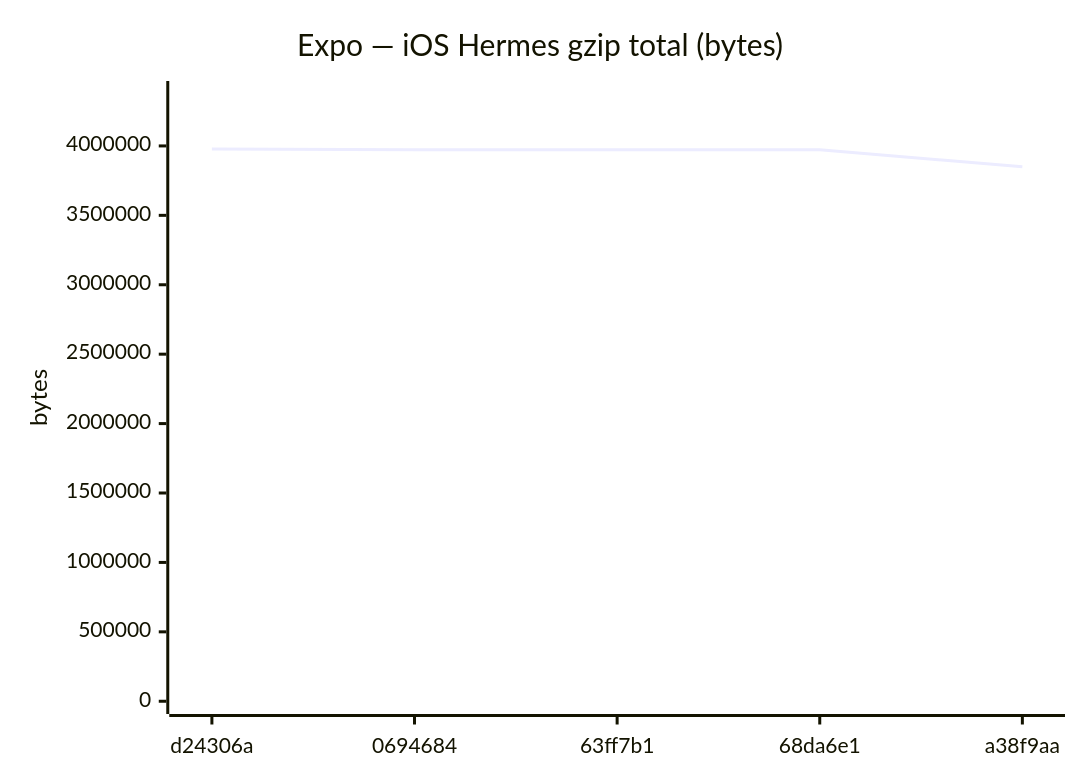
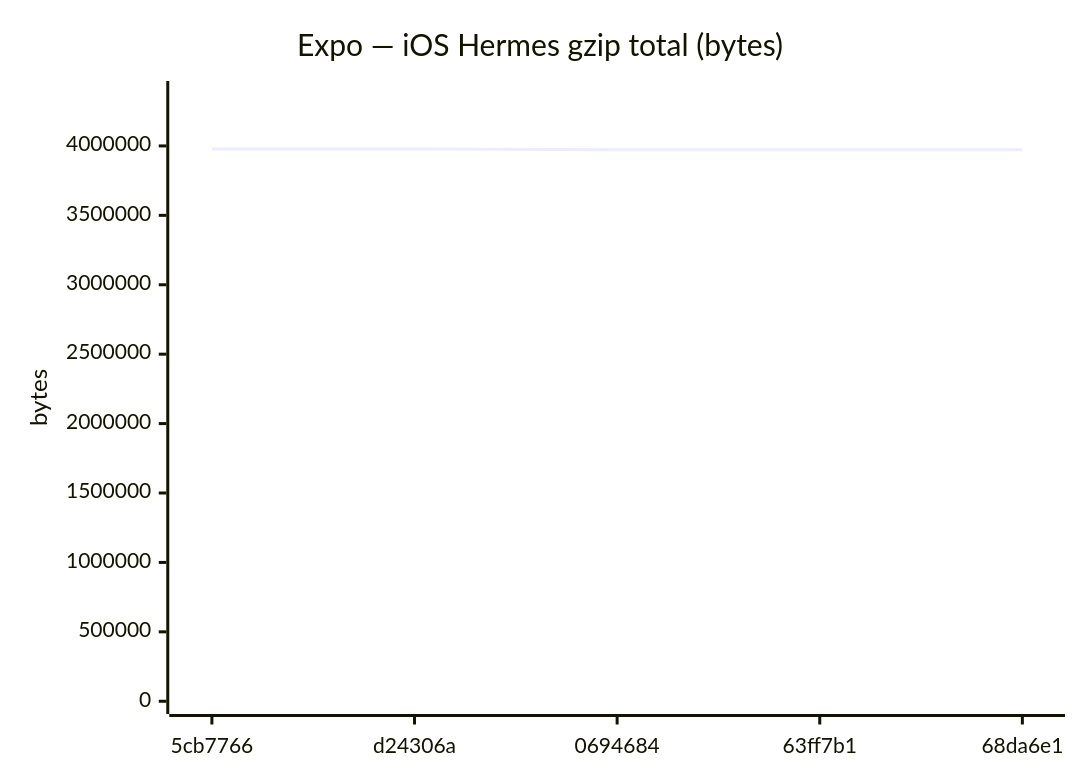
One commit to Metaheurist/Rianell changed diagram 12 of 18 in benchmarks/compare.md. Above: the diagram before and after it, drawn with Mermaid. The commit also changed other lines of this file and 11 other files, not shown here.

````diff
--- a/benchmarks/compare.md
+++ b/benchmarks/compare.md
@@ -179,7 +179,7 @@
 ```mermaid
 xychart-beta
     title "Expo — iOS Hermes gzip total (bytes)"
-    x-axis ["d24306a", "0694684", "63ff7b1", "68da6e1", "a38f9aa"]
+    x-axis ["5cb7766", "d24306a", "0694684", "63ff7b1", "68da6e1"]
     y-axis "bytes" 0 --> 4375840
-    line [3978036, 3971946, 3971945, 3971946, 3849365]
+    line [3978033, 3978036, 3971946, 3971945, 3971946]
 ```
````
